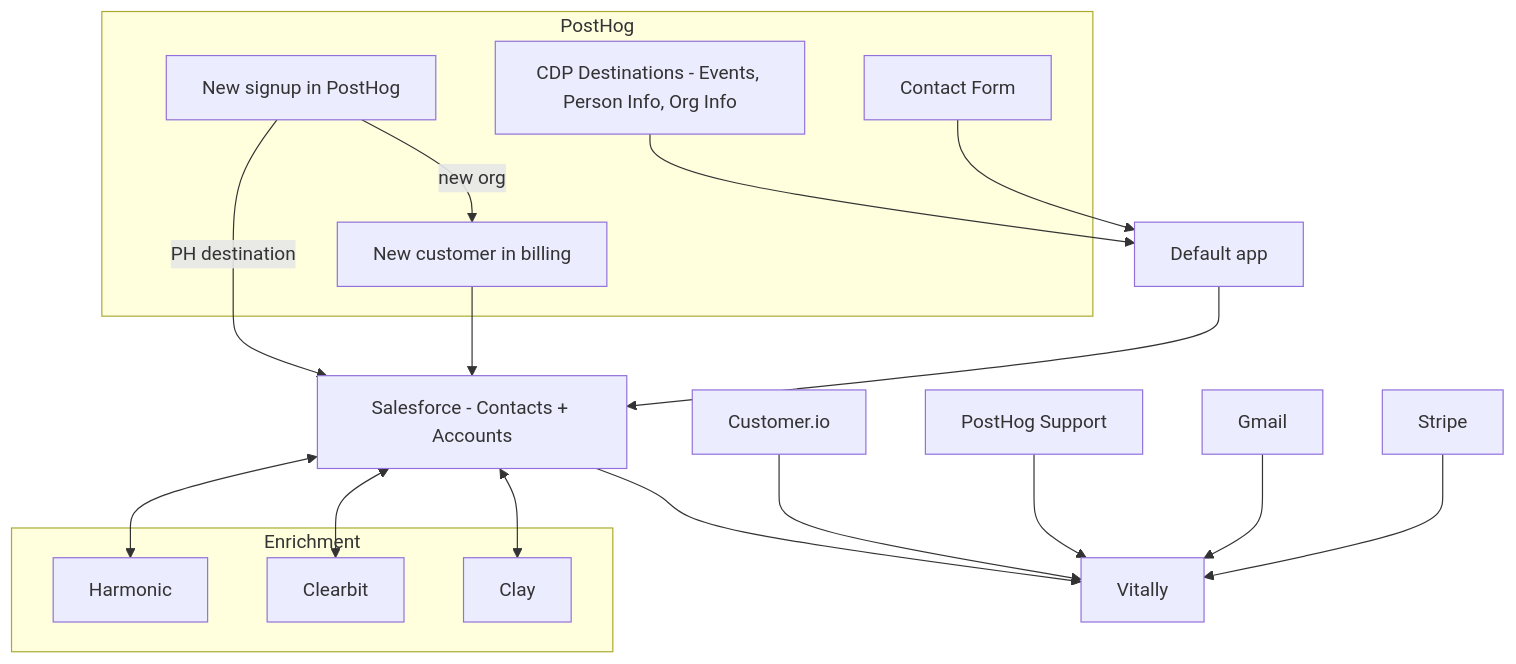
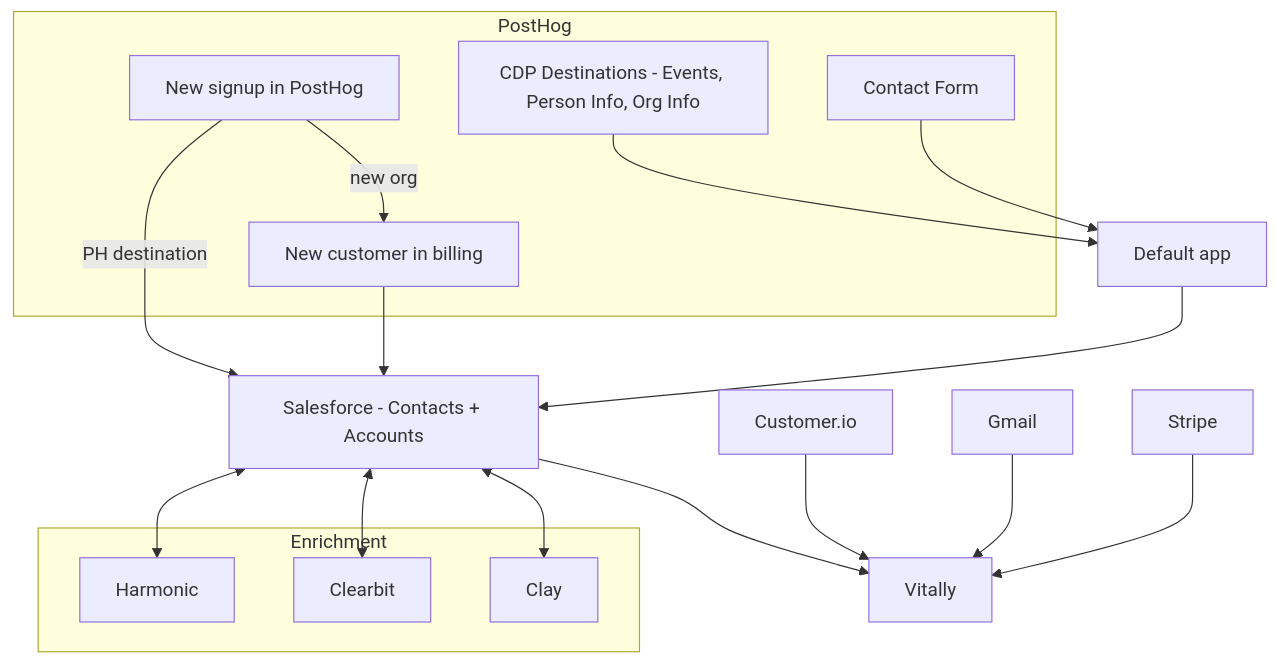
Before and after one commit to PostHog/posthog.com: the second of 2 diagrams in contents/handbook/growth/sales/outbound-sales.md, drawn with Mermaid.

````diff
--- a/contents/handbook/growth/sales/outbound-sales.md
+++ b/contents/handbook/growth/sales/outbound-sales.md
@@ -293,34 +293,33 @@
 ```mermaid
 graph TD
     subgraph PostHog
         PH[New signup in PostHog]
         CDP[CDP Destinations - Events, Person Info, Org Info]
         CF[Contact Form]
         BILLING[New customer in billing]
     end
 
     subgraph Enrichment
         HARMONIC[Harmonic]
         CLEARBIT[Clearbit]
         CLAY[Clay]
     end
 
     PH -- "PH destination" --> SF
     PH -- "new org" --> BILLING
     CDP --> DEFAULT[Default app]
     CF --> DEFAULT
     DEFAULT --> SF
 
     SF[Salesforce - Contacts + Accounts]
 
     SF <--> HARMONIC
     SF <--> CLEARBIT
     SF <--> CLAY
     BILLING --> SF
 
     SF --> VITALLY[Vitally]
     CIO[Customer.io] --> VITALLY
-    SUPPORT[PostHog Support] --> VITALLY
     GMAIL[Gmail] --> VITALLY
     STRIPE[Stripe] --> VITALLY
 ```
````
